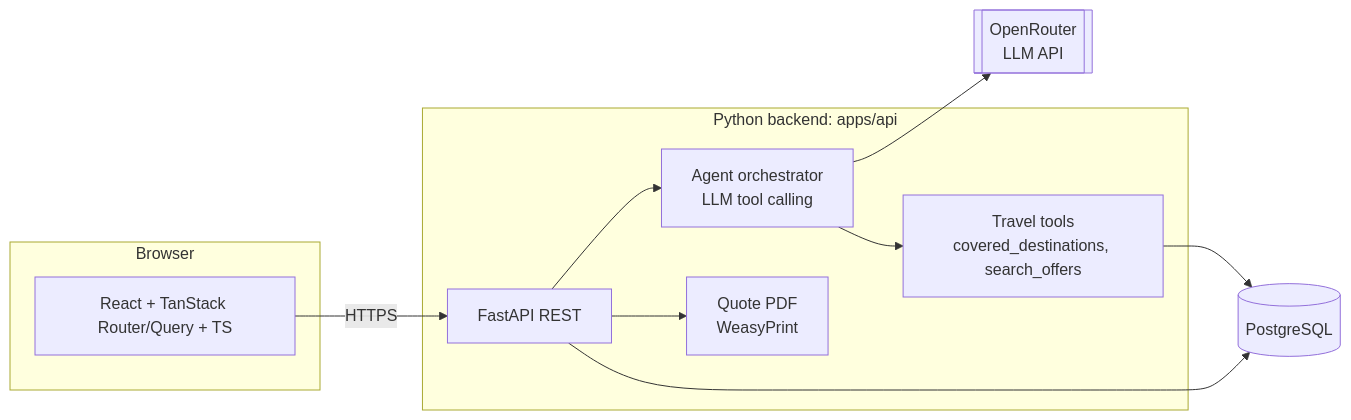
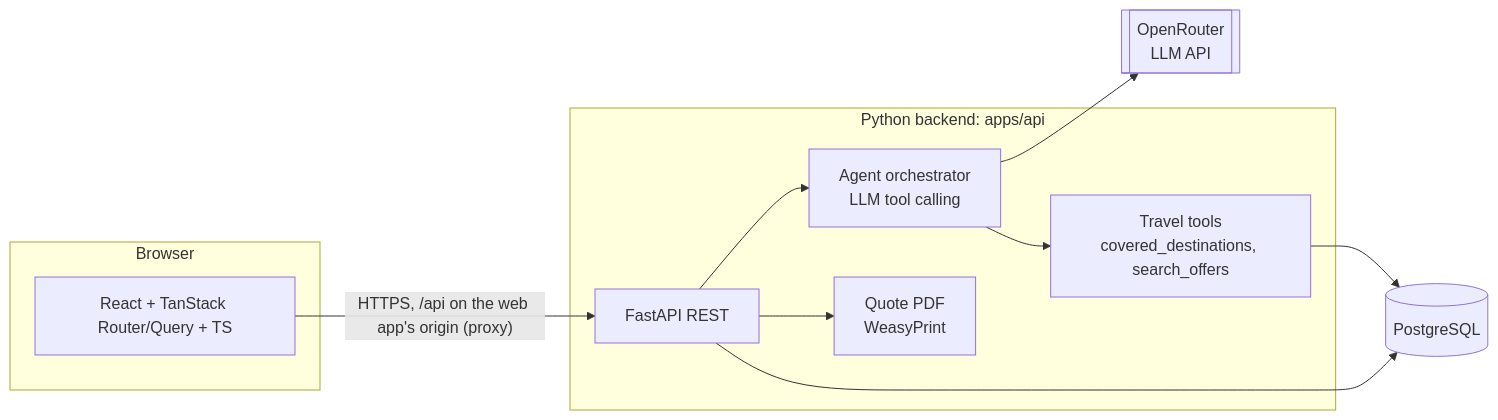
One commit to damnthonyy/Novoya changed the first of 3 diagrams in docs/ARCHITECTURE.md. Above: the diagram before and after it, drawn with Mermaid. The commit also changed other lines of this file and 11 other files, not shown here.

````diff
--- a/docs/ARCHITECTURE.md
+++ b/docs/ARCHITECTURE.md
@@ -51,23 +51,23 @@
 ```mermaid
 flowchart LR
   subgraph Browser
     W[React + TanStack Router/Query + TS]
   end
 
   subgraph Backend [Python backend: apps/api]
     API[FastAPI REST]
     AG[Agent orchestrator<br/>LLM tool calling]
     TL[Travel tools<br/>covered_destinations, search_offers]
     PDF[Quote PDF<br/>WeasyPrint]
   end
 
   DB[(PostgreSQL)]
   LLM[[OpenRouter<br/>LLM API]]
 
-  W -- HTTPS --> API
+  W -- "HTTPS, /api on the web app's origin (proxy)" --> API
   API --> AG
   AG --> LLM
   AG --> TL --> DB
   API --> PDF
   API --> DB
 ```
````
